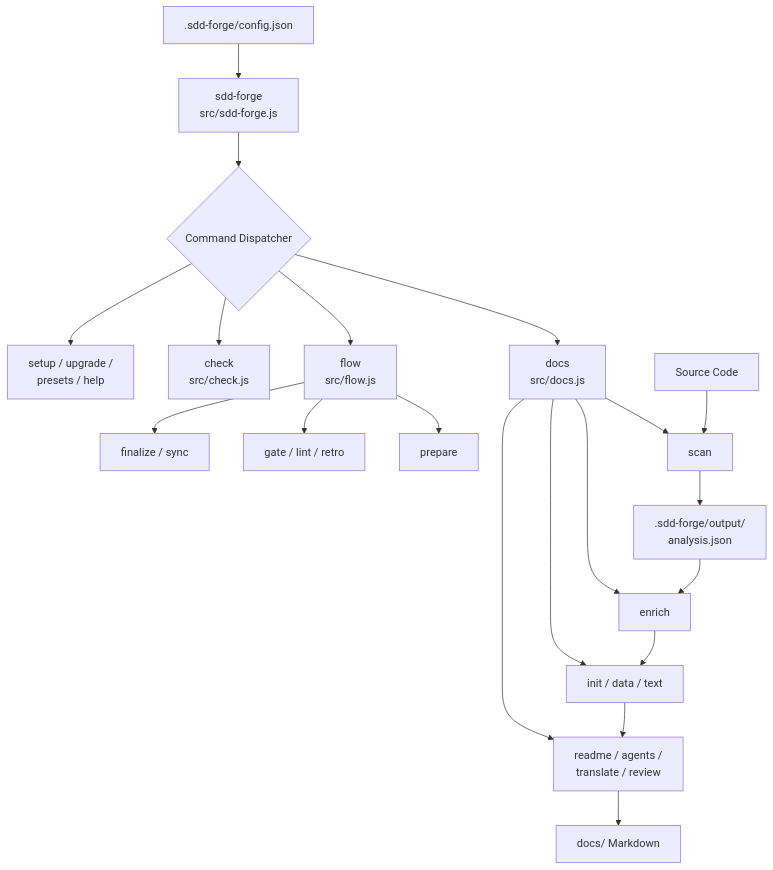
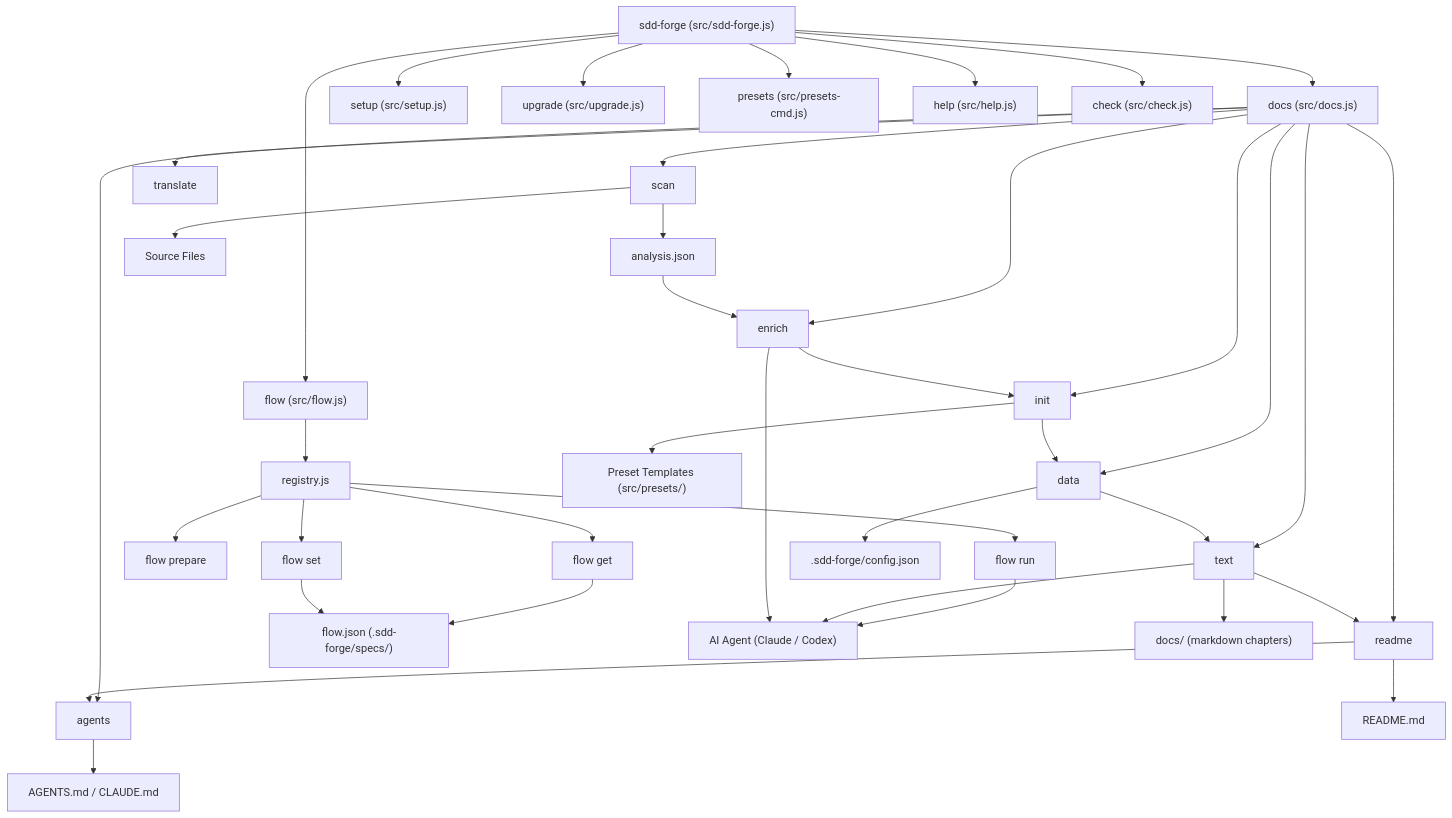
The first of 2 diagrams in docs/overview.md (SpreadWorks/sdd-forge), drawn with Mermaid before and after one commit. The commit also changed other lines of this file and 25 other files, not shown here.

````diff
--- a/docs/overview.md
+++ b/docs/overview.md
@@ -27,22 +37,47 @@
 ```mermaid
 flowchart TD
-    CLI["sdd-forge\nsrc/sdd-forge.js"] --> D{Command Dispatcher}
-    D --> DOCS["docs\nsrc/docs.js"]
-    D --> FLOW["flow\nsrc/flow.js"]
-    D --> CHECK["check\nsrc/check.js"]
-    D --> SOLO["setup / upgrade /\npresets / help"]
-    DOCS --> D1[scan]
-    DOCS --> D2[enrich]
-    DOCS --> D3["init / data / text"]
-    DOCS --> D4["readme / agents /\ntranslate / review"]
-    SRC[Source Code] --> D1
-    D1 --> AJ[".sdd-forge/output/\nanalysis.json"]
-    AJ --> D2
-    D2 --> D3
-    D3 --> D4
-    D4 --> OUT["docs/ Markdown"]
-    FLOW --> F1[prepare]
-    FLOW --> F2["gate / lint / retro"]
-    FLOW --> F3["finalize / sync"]
-    CFG[".sdd-forge/config.json"] --> CLI
+    CLI["sdd-forge (src/sdd-forge.js)"]
+    CLI --> DOCS["docs (src/docs.js)"]
+    CLI --> FLOW["flow (src/flow.js)"]
+    CLI --> SETUP["setup (src/setup.js)"]
+    CLI --> UPGRADE["upgrade (src/upgrade.js)"]
+    CLI --> PRESETS["presets (src/presets-cmd.js)"]
+    CLI --> HELP["help (src/help.js)"]
+    CLI --> CHECK["check (src/check.js)"]
+
+    DOCS --> SCAN["scan"]
+    DOCS --> ENRICH["enrich"]
+    DOCS --> INIT["init"]
+    DOCS --> DATA["data"]
+    DOCS --> TEXT["text"]
+    DOCS --> README["readme"]
+    DOCS --> AGENTS["agents"]
+    DOCS --> TRANSLATE["translate"]
+
+    SCAN --> ANALYSIS["analysis.json"]
+    ANALYSIS --> ENRICH
+    ENRICH --> INIT
+    INIT --> DATA
+    DATA --> TEXT
+    TEXT --> README
+    README --> AGENTS
+
+    FLOW --> REG["registry.js"]
+    REG --> PREPARE["flow prepare"]
+    REG --> GET["flow get"]
+    REG --> SET["flow set"]
+    REG --> RUN["flow run"]
+
+    GET --> FLOWSTATE["flow.json (.sdd-forge/specs/)"]
+    SET --> FLOWSTATE
+    RUN --> AGENT["AI Agent (Claude / Codex)"]
+    TEXT --> AGENT
+    ENRICH --> AGENT
+
+    SCAN --> SRC["Source Files"]
+    DATA --> CONFIG[".sdd-forge/config.json"]
+    INIT --> PRESET["Preset Templates (src/presets/)"]
+    AGENTS --> AGENTSMD["AGENTS.md / CLAUDE.md"]
+    README --> READMEMD["README.md"]
+    TEXT --> DOCSDIR["docs/ (markdown chapters)"]
 ```
````
